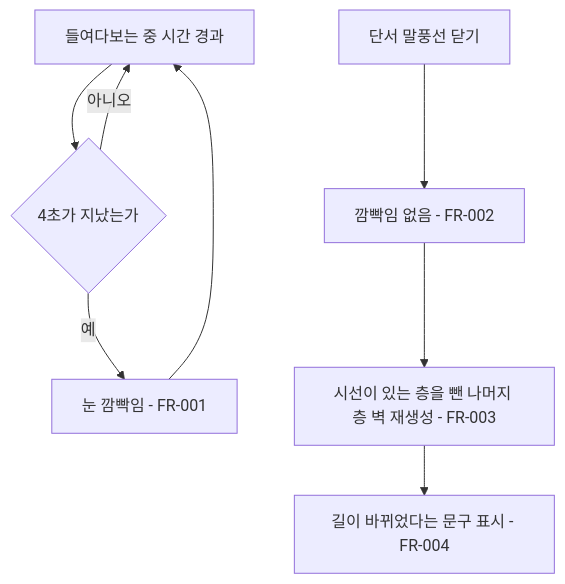
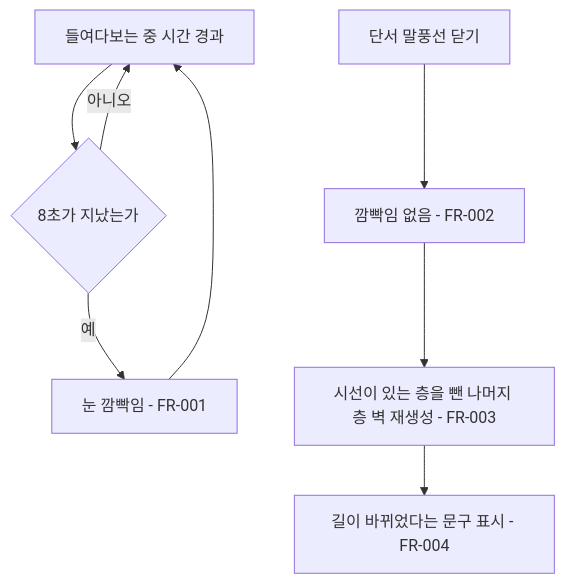
One commit to xpaklove12-lang/Corner1 changed the diagram in docs/specs/001-blink-single-condition.md. Above: the diagram before and after it, drawn with Mermaid. The commit also changed other lines of this file and 8 other files, not shown here.

````diff
--- a/docs/specs/001-blink-single-condition.md
+++ b/docs/specs/001-blink-single-condition.md
@@ -38,10 +37,10 @@
 ```mermaid
 flowchart TD
-    A[들여다보는 중 시간 경과] --> B{4초가 지났는가}
+    A[들여다보는 중 시간 경과] --> B{8초가 지났는가}
     B -- 예 --> C[눈 깜빡임 - FR-001]
     B -- 아니오 --> A
     C --> A
     D[단서 말풍선 닫기] --> E[깜빡임 없음 - FR-002]
     E --> F[시선이 있는 층을 뺀 나머지 층 벽 재생성 - FR-003]
     F --> G[길이 바뀌었다는 문구 표시 - FR-004]
 ```
````
